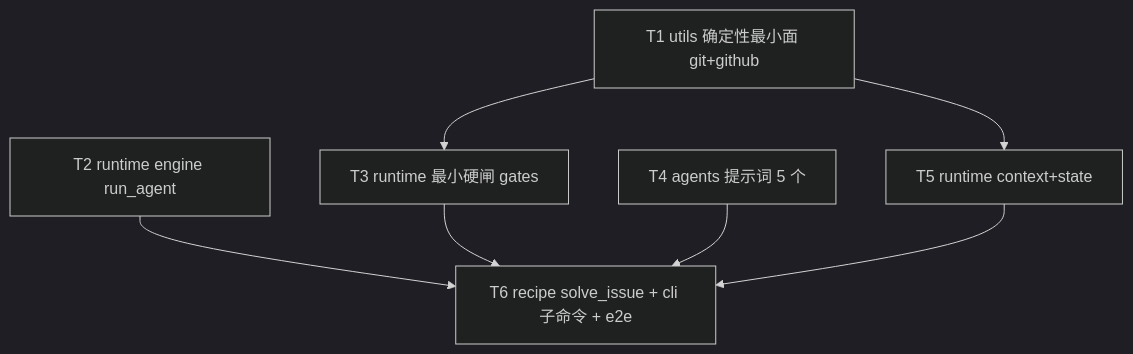
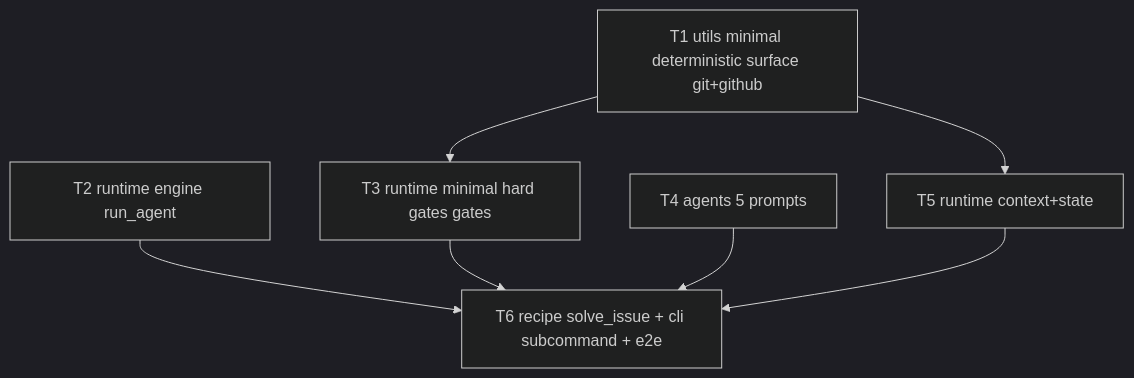
The diagram in docs/specs/0060-agents-recipes-core.md (Curry09/OpenAgents), drawn with Mermaid (dark theme) before and after one commit. The commit also changed other lines of this file and 461 other files, not shown here.

````diff
--- a/docs/specs/0060-agents-recipes-core.md
+++ b/docs/specs/0060-agents-recipes-core.md
@@ -304,9 +291,9 @@
 ```mermaid
 graph TD
-    T1[T1 utils 确定性最小面 git+github] --> T3[T3 runtime 最小硬闸 gates]
+    T1[T1 utils minimal deterministic surface git+github] --> T3[T3 runtime minimal hard gates gates]
     T1 --> T5[T5 runtime context+state]
     T2[T2 runtime engine run_agent] --> T6
-    T3 --> T6[T6 recipe solve_issue + cli 子命令 + e2e]
-    T4[T4 agents 提示词 5 个] --> T6
+    T3 --> T6[T6 recipe solve_issue + cli subcommand + e2e]
+    T4[T4 agents 5 prompts] --> T6
     T5 --> T6
 ```
````
